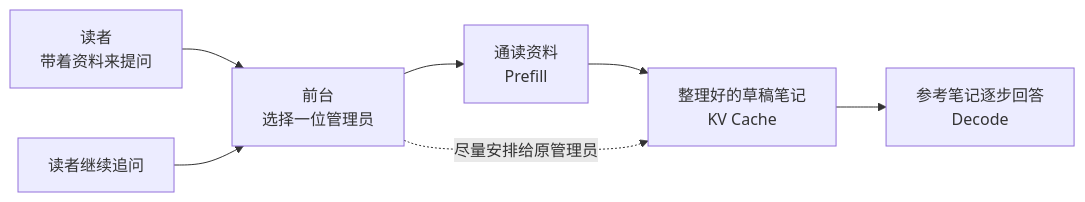
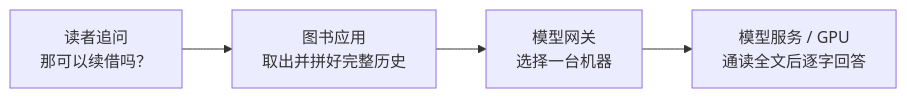
One commit to gqcn/johns-blog changed the first of 23 diagrams in docs/docs/1000-AI技术/600-推理服务/5000-大模型推理服务会话保持与KVCache感知路由技术详解.md. Above: the diagram before and after it, drawn with Mermaid. The commit also changed other lines of this file and 10 other files, not shown here.

````diff
--- a/docs/docs/1000-AI技术/600-推理服务/5000-大模型推理服务会话保持与KVCache感知路由技术详解.md
+++ b/docs/docs/1000-AI技术/600-推理服务/5000-大模型推理服务会话保持与KVCache感知路由技术详解.md
@@ -47,9 +61,6 @@
 ```mermaid
 flowchart LR
-    Reader["读者<br/>带着资料来提问"] --> Desk["前台<br/>选择一位管理员"]
-    Desk --> Read["通读资料<br/>Prefill"]
-    Read --> Notes["整理好的草稿笔记<br/>KV Cache"]
-    Notes --> Answer["参考笔记逐步回答<br/>Decode"]
-    Reader2["读者继续追问"] --> Desk
-    Desk -. "尽量安排给原管理员" .-> Notes
+    User["读者追问<br/>那可以续借吗？"] --> App["图书应用<br/>取出并拼好完整历史"]
+    App --> Gateway["模型网关<br/>选择一台机器"]
+    Gateway --> GPU["模型服务 / GPU<br/>通读全文后逐字回答"]
 ```
````
